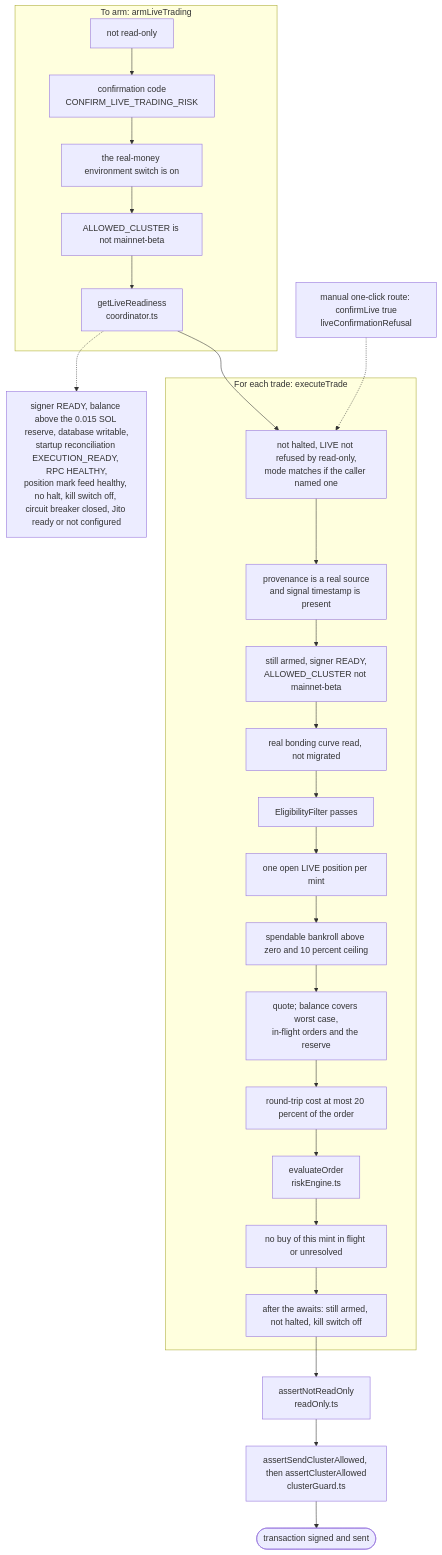
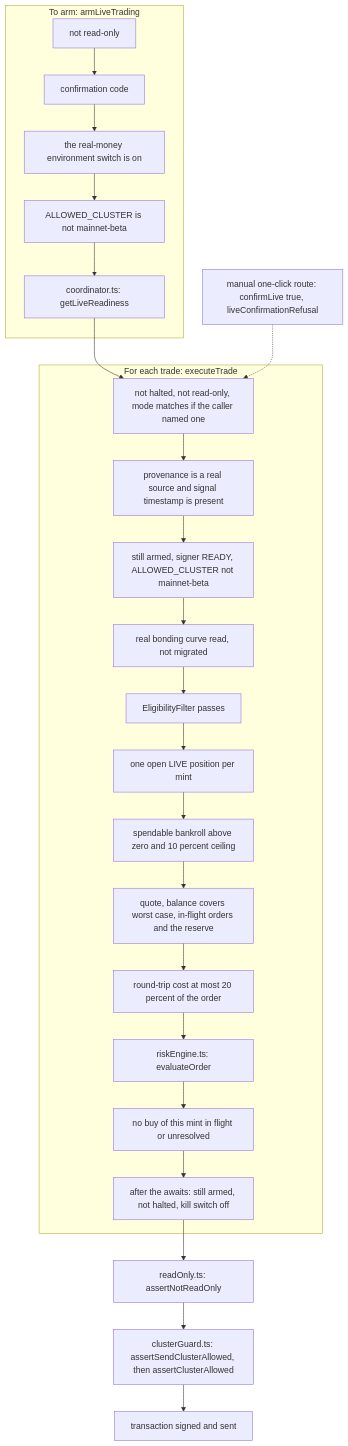
The third of 3 diagrams in docs/ARCHITECTURE.md (ttcdm/hft), drawn with Mermaid before and after one commit. The commit also changed other lines of this file and 5 other files, not shown here.

First line of the commit message:
S221: plainer Mermaid diagrams and a test that parses every diagram in the docs

````diff
--- a/docs/ARCHITECTURE.md
+++ b/docs/ARCHITECTURE.md
@@ -117,28 +111,27 @@
 ```mermaid
 flowchart TD
   subgraph arm["To arm: armLiveTrading"]
-    a0["not read-only"] --> a1["confirmation code<br/>CONFIRM_LIVE_TRADING_RISK"]
+    a0["not read-only"] --> a1["confirmation code"]
     a1 --> a2["the real-money environment switch is on"]
     a2 --> a2b["ALLOWED_CLUSTER is not mainnet-beta"]
-    a2b --> a3["getLiveReadiness<br/>coordinator.ts"]
+    a2b --> a3["coordinator.ts: getLiveReadiness"]
   end
-  a3 -.-> a3g["signer READY, balance above the 0.015 SOL reserve, database writable,<br/>startup reconciliation EXECUTION_READY, RPC HEALTHY,<br/>position mark feed healthy, no halt, kill switch off, circuit breaker closed, Jito ready or not configured"]
   a3 --> t0
   subgraph trade["For each trade: executeTrade"]
-    t0["not halted, LIVE not refused by read-only,<br/>mode matches if the caller named one"] --> t1["provenance is a real source<br/>and signal timestamp is present"]
-    t1 --> t2["still armed, signer READY,<br/>ALLOWED_CLUSTER not mainnet-beta"]
+    t0["not halted, not read-only, mode matches if the caller named one"] --> t1["provenance is a real source and signal timestamp is present"]
+    t1 --> t2["still armed, signer READY, ALLOWED_CLUSTER not mainnet-beta"]
     t2 --> t3["real bonding curve read, not migrated"]
     t3 --> t4["EligibilityFilter passes"]
     t4 --> t5["one open LIVE position per mint"]
     t5 --> t6["spendable bankroll above zero and 10 percent ceiling"]
-    t6 --> t7["quote; balance covers worst case,<br/>in-flight orders and the reserve"]
+    t6 --> t7["quote, balance covers worst case, in-flight orders and the reserve"]
     t7 --> t8["round-trip cost at most 20 percent of the order"]
-    t8 --> t9["evaluateOrder<br/>riskEngine.ts"]
+    t8 --> t9["riskEngine.ts: evaluateOrder"]
     t9 --> t10["no buy of this mint in flight or unresolved"]
     t10 --> t11["after the awaits: still armed, not halted, kill switch off"]
   end
-  t11 --> s0["assertNotReadOnly<br/>readOnly.ts"]
-  s0 --> s1["assertSendClusterAllowed, then assertClusterAllowed<br/>clusterGuard.ts"]
-  s1 --> s2(["transaction signed and sent"])
-  m["manual one-click route: confirmLive true<br/>liveConfirmationRefusal"] -.-> t0
+  t11 --> s0["readOnly.ts: assertNotReadOnly"]
+  s0 --> s1["clusterGuard.ts: assertSendClusterAllowed, then assertClusterAllowed"]
+  s1 --> s2["transaction signed and sent"]
+  m["manual one-click route: confirmLive true, liveConfirmationRefusal"] -.-> t0
 ```
````
